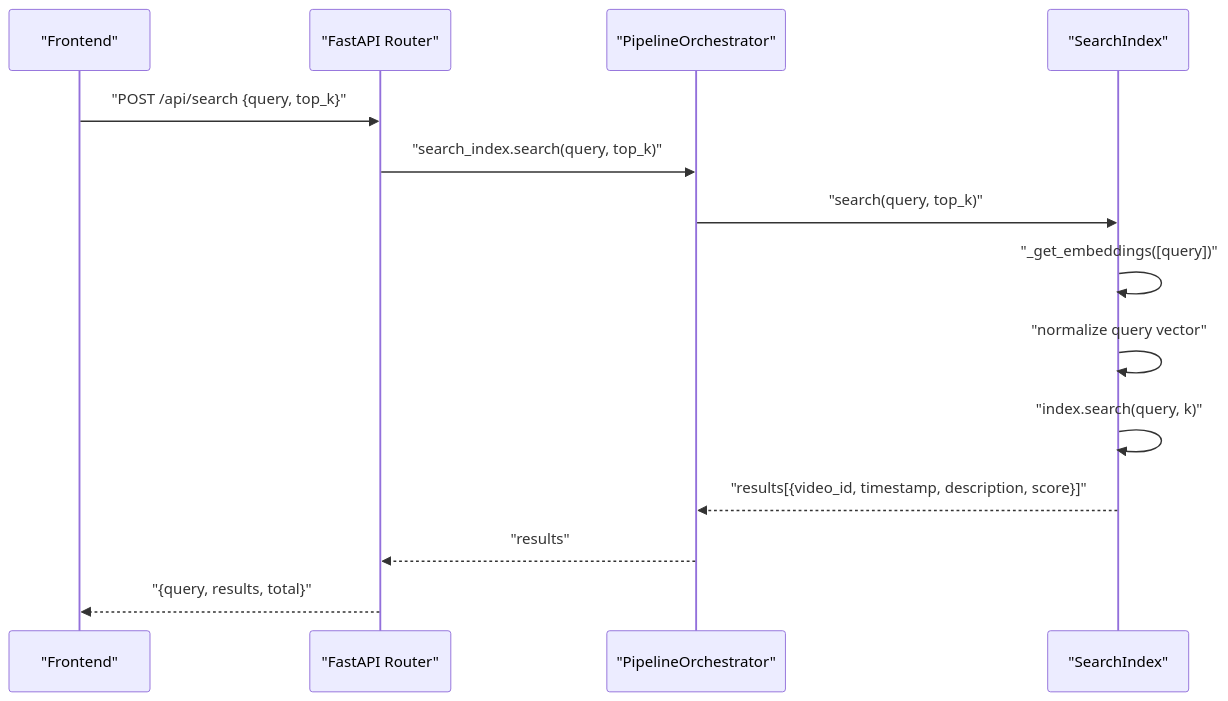
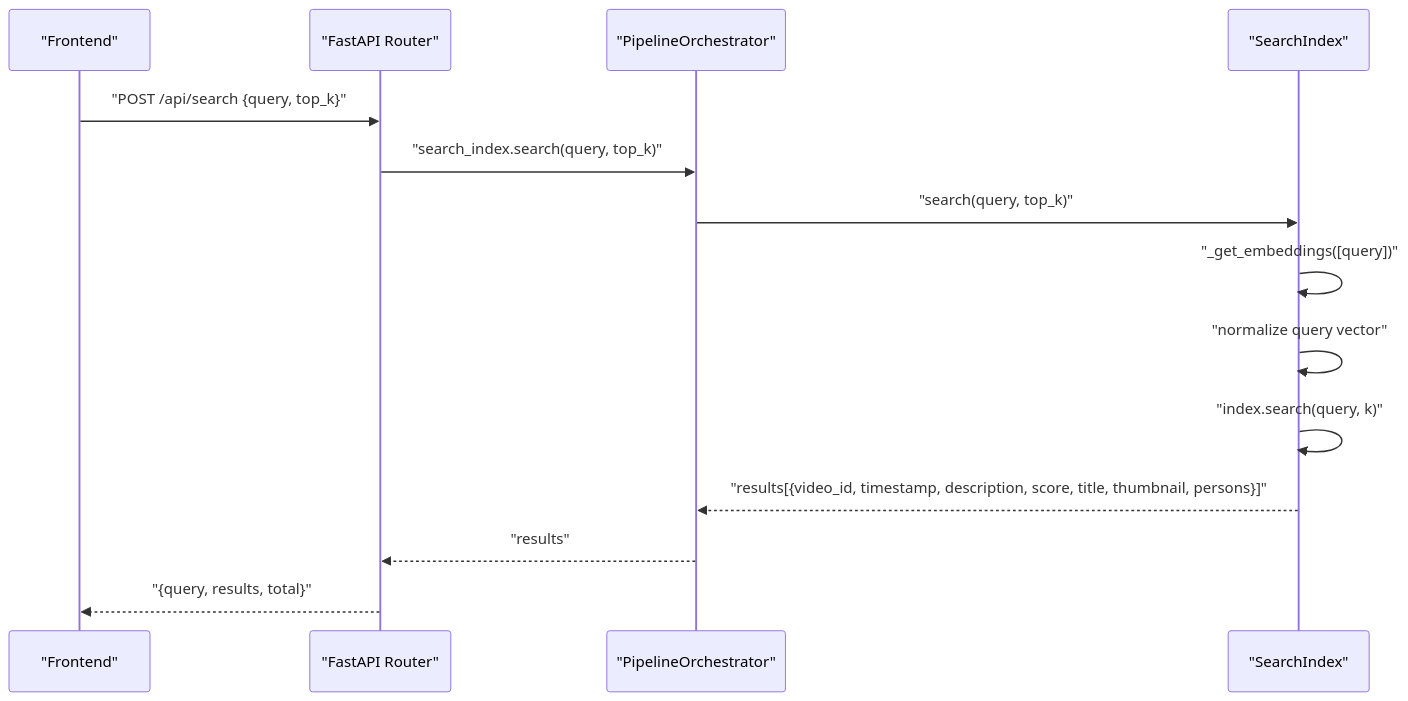
One commit to alexandreybasta-cyber/dubai-media-ai changed the second of 9 diagrams in .qoder/repowiki/en/content/Media Processing Pipeline/Search Index Stage.md. Above: the diagram before and after it, drawn with Mermaid. The commit also changed other lines of this file and 54 other files, not shown here.

````diff
--- a/.qoder/repowiki/en/content/Media Processing Pipeline/Search Index Stage.md
+++ b/.qoder/repowiki/en/content/Media Processing Pipeline/Search Index Stage.md
@@ -126,16 +132,16 @@
 ```mermaid
 sequenceDiagram
 participant FE as "Frontend"
 participant API as "FastAPI Router"
 participant ORCH as "PipelineOrchestrator"
 participant SI as "SearchIndex"
 FE->>API : "POST /api/search {query, top_k}"
 API->>ORCH : "search_index.search(query, top_k)"
 ORCH->>SI : "search(query, top_k)"
 SI->>SI : "_get_embeddings([query])"
 SI->>SI : "normalize query vector"
 SI->>SI : "index.search(query, k)"
-SI-->>ORCH : "results[{video_id, timestamp, description, score}]"
+SI-->>ORCH : "results[{video_id, timestamp, description, score, title, thumbnail, persons}]"
 ORCH-->>API : "results"
 API-->>FE : "{query, results, total}"
 ```
````
